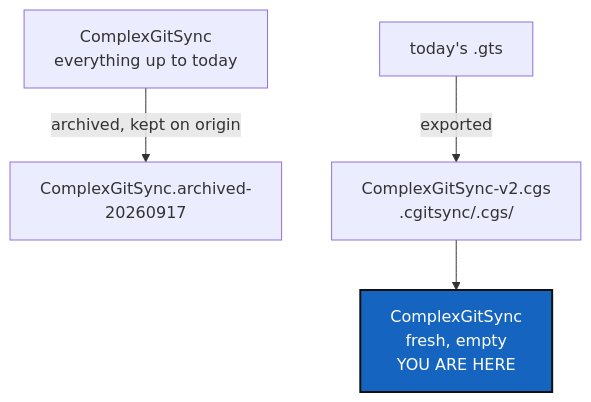
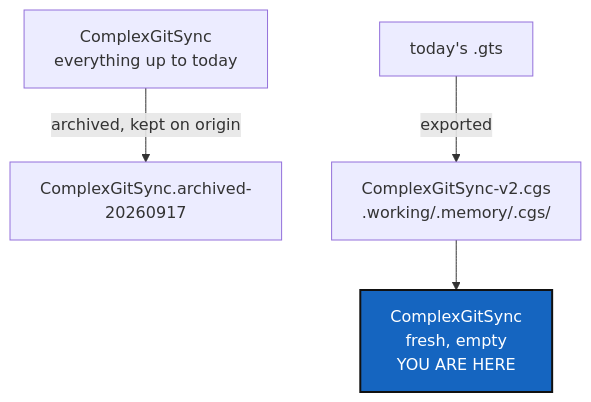
One commit to flipoyo/.localSpec changed the diagram in DevTickets/openTickets/memory-dev_1-4_MemoryReboot_DevPlanTicket.md. Above: the diagram before and after it, drawn with Mermaid. The commit also changed other lines of this file and 5 other files, not shown here.

````diff
--- a/DevTickets/openTickets/memory-dev_1-4_MemoryReboot_DevPlanTicket.md
+++ b/DevTickets/openTickets/memory-dev_1-4_MemoryReboot_DevPlanTicket.md
@@ -50,9 +58,9 @@
 ```mermaid
 graph TD
     OLD["ComplexGitSync<br/>everything up to today"] -->|"archived, kept on origin"| ARC["ComplexGitSync.archived-20260917"]
-    GTS["today's .gts"] -->|"exported"| CGS["ComplexGitSync-v2.cgs<br/>.cgitsync/.cgs/"]
+    GTS["today's .gts"] -->|"exported"| CGS["ComplexGitSync-v2.cgs<br/>.working/.memory/.cgs/"]
     CGS --> NEW["ComplexGitSync<br/>fresh, empty<br/>YOU ARE HERE"]
 
     classDef here fill:#1565C0,color:#fff,stroke:#111,stroke-width:2px;
     class NEW here;
 ```
````
